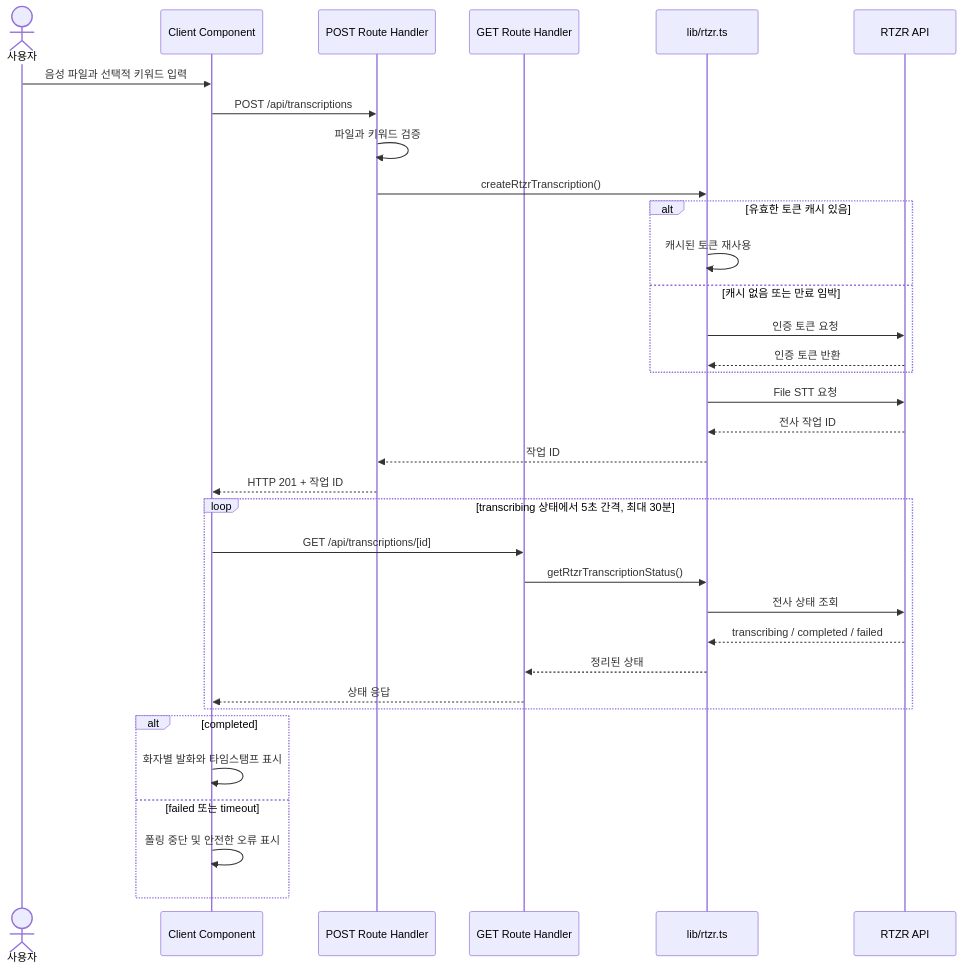
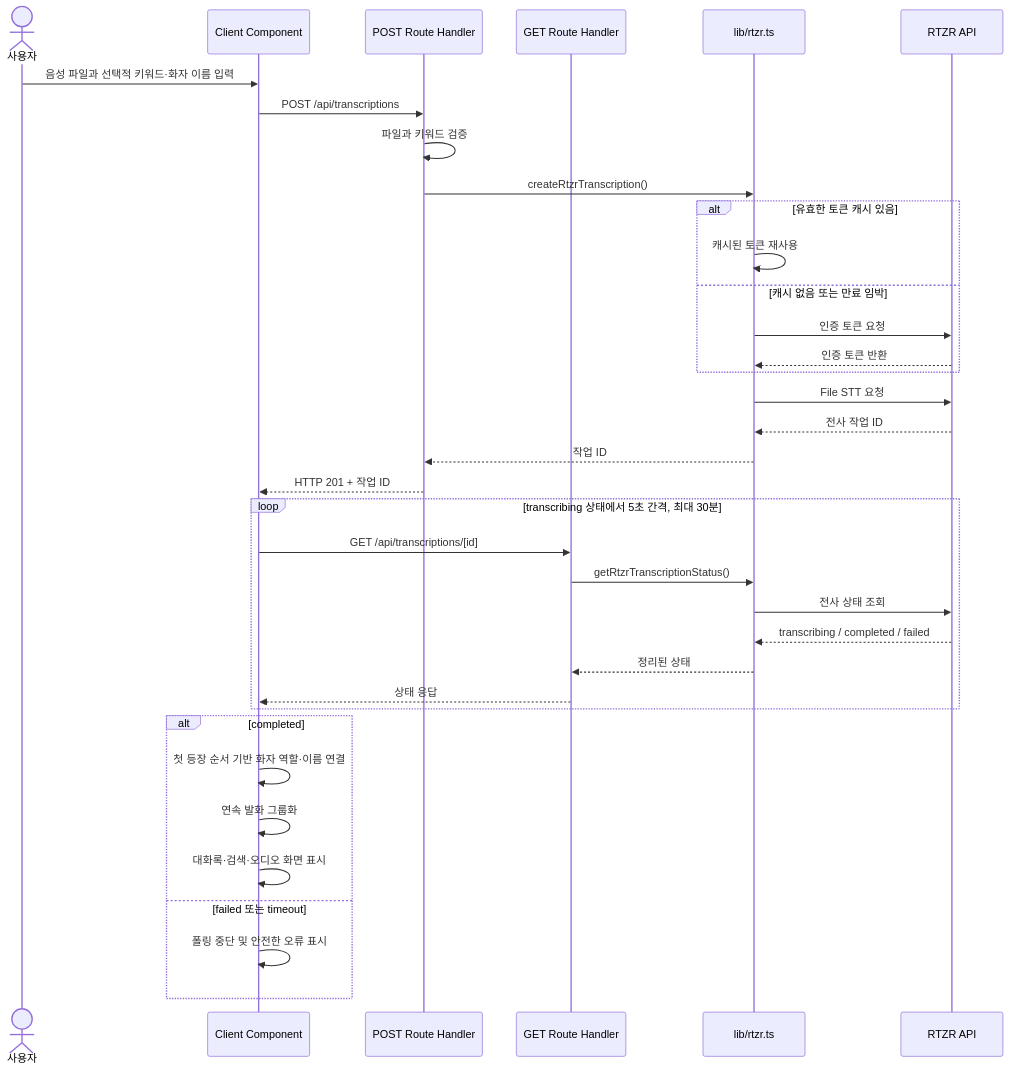
Before and after one commit to jiyoung04lee/aive-voice: the first of 2 diagrams in docs/architecture.md, drawn with Mermaid. The commit also changed other lines of this file and 6 other files, not shown here.

````diff
--- a/docs/architecture.md
+++ b/docs/architecture.md
@@ -15,41 +15,43 @@
 ```mermaid
 sequenceDiagram
     actor U as 사용자
     participant C as Client Component
     participant P as POST Route Handler
     participant G as GET Route Handler
     participant L as lib/rtzr.ts
     participant R as RTZR API
 
-    U->>C: 음성 파일과 선택적 키워드 입력
+    U->>C: 음성 파일과 선택적 키워드·화자 이름 입력
     C->>P: POST /api/transcriptions
     P->>P: 파일과 키워드 검증
     P->>L: createRtzrTranscription()
 
     alt 유효한 토큰 캐시 있음
         L->>L: 캐시된 토큰 재사용
     else 캐시 없음 또는 만료 임박
         L->>R: 인증 토큰 요청
         R-->>L: 인증 토큰 반환
     end
 
     L->>R: File STT 요청
     R-->>L: 전사 작업 ID
     L-->>P: 작업 ID
     P-->>C: HTTP 201 + 작업 ID
 
     loop transcribing 상태에서 5초 간격, 최대 30분
         C->>G: GET /api/transcriptions/[id]
         G->>L: getRtzrTranscriptionStatus()
         L->>R: 전사 상태 조회
         R-->>L: transcribing / completed / failed
         L-->>G: 정리된 상태
         G-->>C: 상태 응답
     end
 
     alt completed
-        C->>C: 화자별 발화와 타임스탬프 표시
+        C->>C: 첫 등장 순서 기반 화자 역할·이름 연결
+        C->>C: 연속 발화 그룹화
+        C->>C: 대화록·검색·오디오 화면 표시
     else failed 또는 timeout
         C->>C: 폴링 중단 및 안전한 오류 표시
     end
 ```
````
